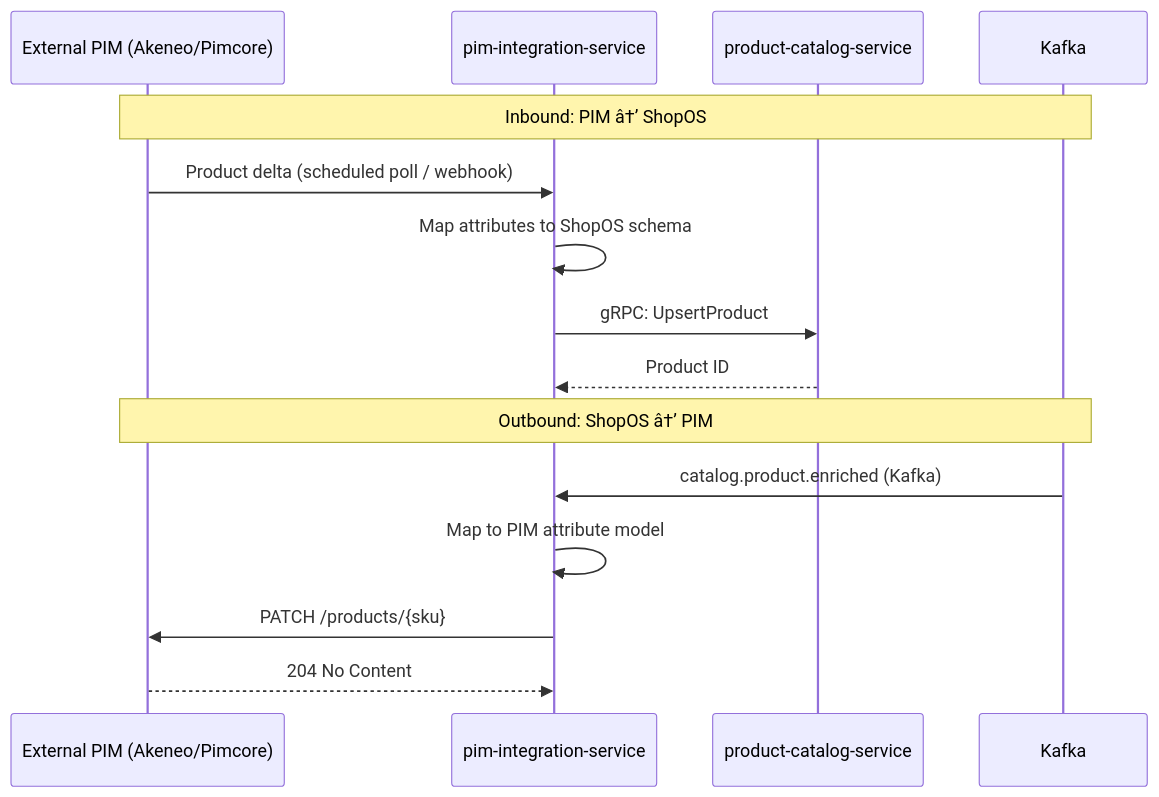
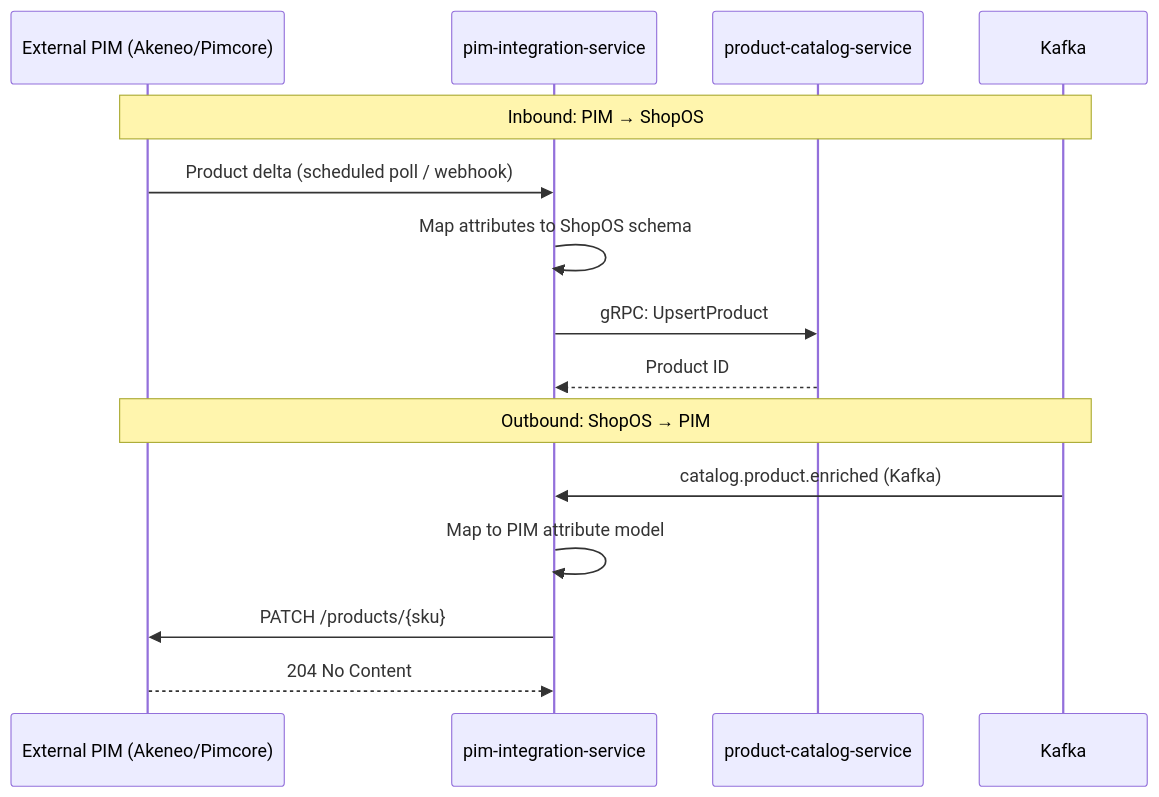
Before and after one commit to prabhat-roy/ShopOS: the diagram in src/integrations/pim-integration-service/README.md, drawn with Mermaid. The commit also changed other lines of this file and 2221 other files, not shown here.

````diff
--- a/src/integrations/pim-integration-service/README.md
+++ b/src/integrations/pim-integration-service/README.md
@@ -11,19 +11,19 @@
 ```mermaid
 sequenceDiagram
     participant PIM as External PIM (Akeneo/Pimcore)
     participant INT as pim-integration-service
     participant CAT as product-catalog-service
     participant K as Kafka
 
-    Note over PIM,K: Inbound: PIM â†’ ShopOS
+    Note over PIM,K: Inbound: PIM → ShopOS
     PIM->>INT: Product delta (scheduled poll / webhook)
     INT->>INT: Map attributes to ShopOS schema
     INT->>CAT: gRPC: UpsertProduct
     CAT-->>INT: Product ID
 
-    Note over PIM,K: Outbound: ShopOS â†’ PIM
+    Note over PIM,K: Outbound: ShopOS → PIM
     K->>INT: catalog.product.enriched (Kafka)
     INT->>INT: Map to PIM attribute model
     INT->>PIM: PATCH /products/{sku}
     PIM-->>INT: 204 No Content
 ```
````
